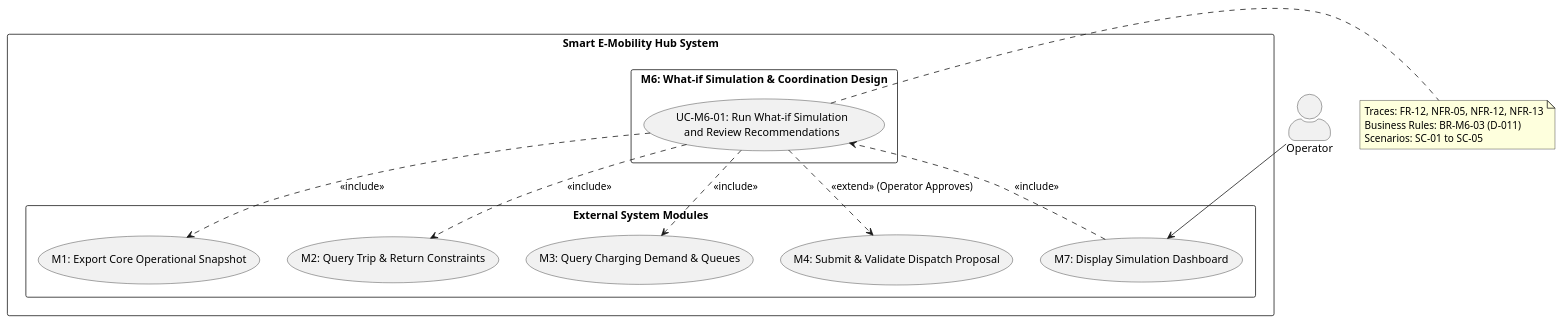
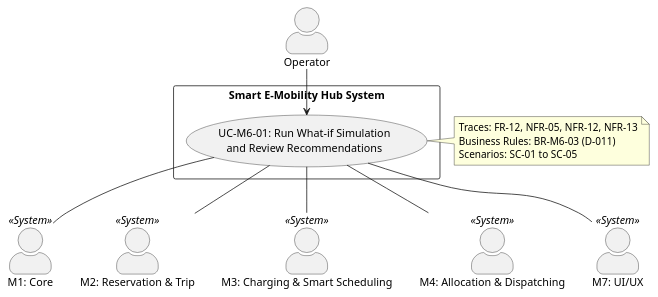
Before and after one commit to MabC06/smart-e-mobility-hub: the diagram in docs/requirements/use-case-diagrams/uc-m6-simulation.puml, drawn with PlantUML. The commit also changed 1 other file, not shown here.

Commit message:
docs(simulation): save local diagram updates before sync

```diff
--- a/docs/requirements/use-case-diagrams/uc-m6-simulation.puml
+++ b/docs/requirements/use-case-diagrams/uc-m6-simulation.puml
@@ -1,36 +1,32 @@
 @startuml uc-m6-simulation
 skinparam packageStyle rectangle
 skinparam shadowing false
 skinparam actorStyle awesome
 
 actor "Operator" as op
 
 rectangle "Smart E-Mobility Hub System" {
-    rectangle "M6: What-if Simulation & Coordination Design" {
-        usecase "UC-M6-01: Run What-if Simulation\nand Review Recommendations" as UC_M6_01
-    }
-
-    rectangle "External System Modules" {
-        usecase "M1: Export Core Operational Snapshot" as M1_Snap
-        usecase "M2: Query Trip & Return Constraints" as M2_Res
-        usecase "M3: Query Charging Demand & Queues" as M3_Charge
-        usecase "M4: Submit & Validate Dispatch Proposal" as M4_Alloc
-        usecase "M7: Display Simulation Dashboard" as M7_UI
-    }
+    usecase "UC-M6-01: Run What-if Simulation\nand Review Recommendations" as UC_M6_01
 }
 
-op --> M7_UI
-M7_UI ..> UC_M6_01 : <<include>>
+actor "M1: Core" as m1 << System >>
+actor "M2: Reservation & Trip" as m2 << System >>
+actor "M3: Charging & Smart Scheduling" as m3 << System >>
+actor "M4: Allocation & Dispatching" as m4 << System >>
+actor "M7: UI/UX" as m7 << System >>
 
-UC_M6_01 ..> M1_Snap : <<include>>
-UC_M6_01 ..> M2_Res : <<include>>
-UC_M6_01 ..> M3_Charge : <<include>>
-UC_M6_01 ..> M4_Alloc : <<extend>> (Operator Approves)
+op --> UC_M6_01
+
+UC_M6_01 -- m1
+UC_M6_01 -- m2
+UC_M6_01 -- m3
+UC_M6_01 -- m4
+UC_M6_01 -- m7
 
 note right of UC_M6_01
   Traces: FR-12, NFR-05, NFR-12, NFR-13
   Business Rules: BR-M6-03 (D-011)
   Scenarios: SC-01 to SC-05
 end note
 
 @enduml
```
